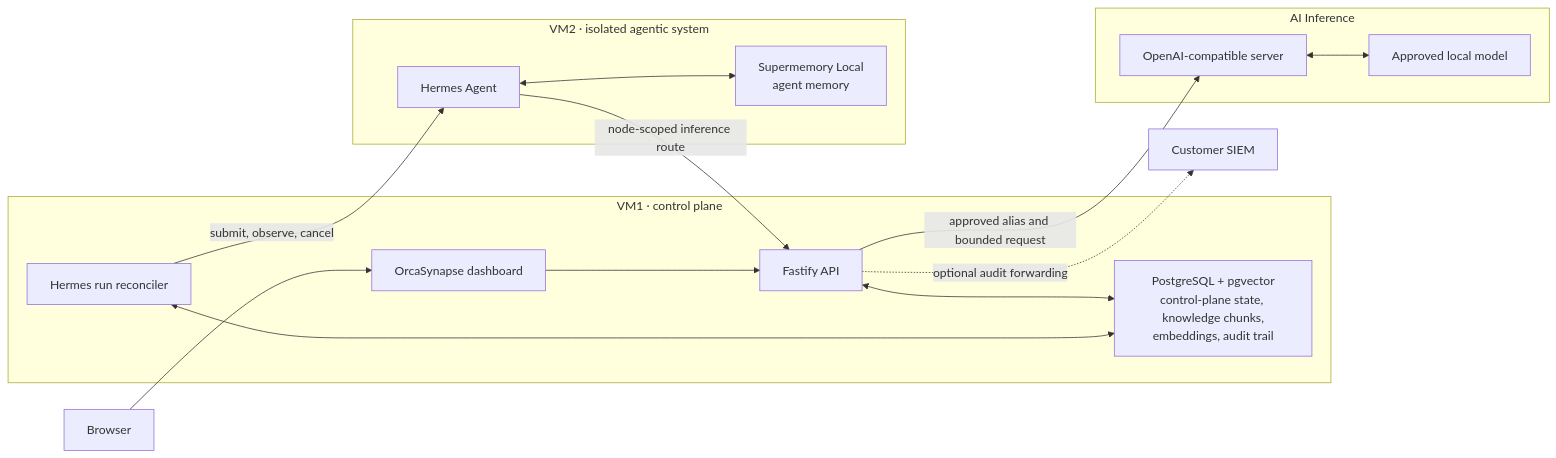
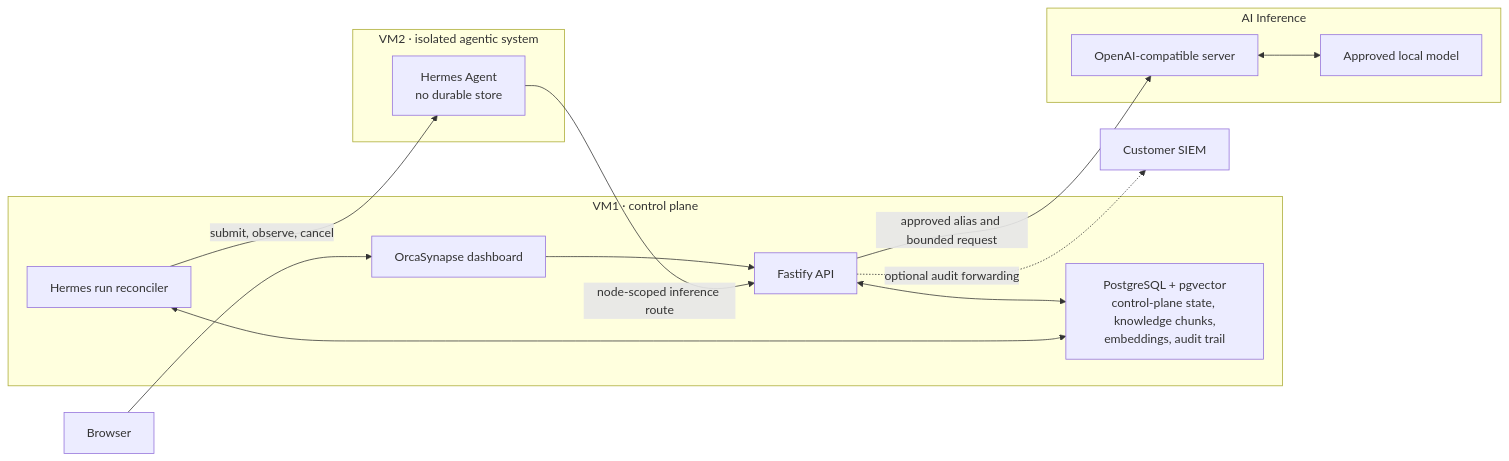
The diagram in docs/ARCHITECTURE.md (multichainerz/AI), drawn with Mermaid before and after one commit. The commit also changed other lines of this file and 59 other files, not shown here.

````diff
--- a/docs/ARCHITECTURE.md
+++ b/docs/ARCHITECTURE.md
@@ -7,23 +7,23 @@
 ```mermaid
 flowchart LR
   USER["Browser"] --> WEB["OrcaSynapse dashboard"]
 
   subgraph VM1["VM1 · control plane"]
     WEB --> API["Fastify API"]
     API <--> PG["PostgreSQL + pgvector<br/>control-plane state, knowledge chunks,<br/>embeddings, audit trail"]
     WORKER["Hermes run reconciler"] <--> PG
   end
 
   subgraph VM2["VM2 · isolated agentic system"]
-    HERMES["Hermes Agent"] <--> SM["Supermemory Local<br/>agent memory"]
+    HERMES["Hermes Agent<br/>no durable store"]
   end
 
   subgraph GPU["AI Inference"]
     SERVER["OpenAI-compatible server"] <--> MODEL["Approved local model"]
   end
 
   WORKER -->|"submit, observe, cancel"| HERMES
   HERMES -->|"node-scoped inference route"| API
   API -->|"approved alias and bounded request"| SERVER
   API -.->|"optional audit forwarding"| SIEM["Customer SIEM"]
 ```
````
